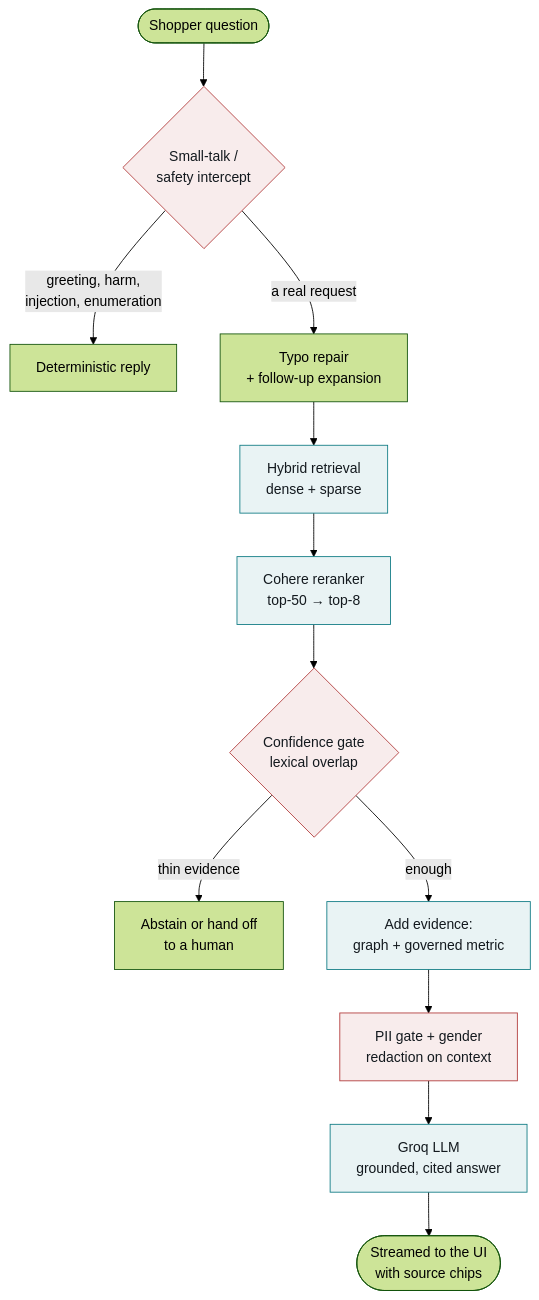
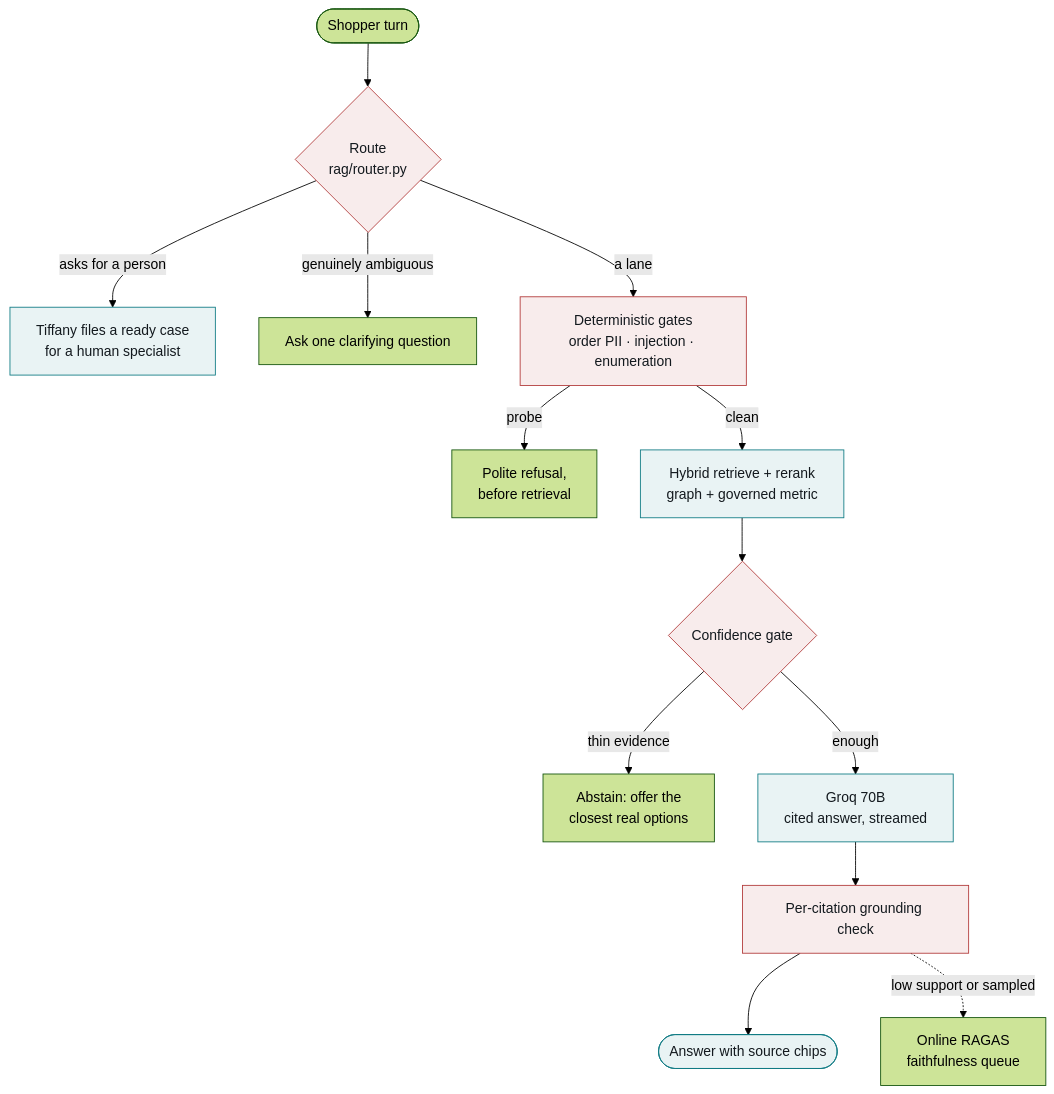
Before and after one commit to hoomanesteki/agentic-rag-knowledge-ai-platform: the diagram in showcase/architecture.qmd, drawn with Mermaid (forest theme). The commit also changed other lines of this file and 13 other files, not shown here.

````diff
--- a/showcase/architecture.qmd
+++ b/showcase/architecture.qmd
@@ -104,19 +22,20 @@
 ```{mermaid}
 flowchart TD
-  Q([Shopper question]) --> SM{Small-talk /<br/>safety intercept}
-  SM -->|greeting, harm,<br/>injection, enumeration| DIRECT[Deterministic reply]
-  SM -->|a real request| TY[Typo repair<br/>+ follow-up expansion]
-  TY --> HY[Hybrid retrieval<br/>dense + sparse]
-  HY --> RR[Cohere reranker<br/>top-50 → top-8]
-  RR --> GATE{Confidence gate<br/>lexical overlap}
-  GATE -->|thin evidence| ABSTAIN[Abstain or hand off<br/>to a human]
-  GATE -->|enough| EV[Add evidence:<br/>graph + governed metric]
-  EV --> PII[PII gate + gender<br/>redaction on context]
-  PII --> GEN[Groq LLM<br/>grounded, cited answer]
-  GEN --> STREAM([Streamed to the UI<br/>with source chips])
+  T([Shopper turn]) --> RT{Route<br/>rag/router.py}
+  RT -->|asks for a person| ESC[Tiffany files a ready case<br/>for a human specialist]
+  RT -->|genuinely ambiguous| CL[Ask one clarifying question]
+  RT -->|a lane| GATES[Deterministic gates<br/>order PII · injection · enumeration]
+  GATES -->|probe| REF[Polite refusal,<br/>before retrieval]
+  GATES -->|clean| RET[Hybrid retrieve + rerank<br/>graph + governed metric]
+  RET --> CONF{Confidence gate}
+  CONF -->|thin evidence| AB[Abstain: offer the<br/>closest real options]
+  CONF -->|enough| GEN[Groq 70B<br/>cited answer, streamed]
+  GEN --> GR[Per-citation grounding check]
+  GR --> OUT([Answer with source chips])
+  GR -.->|low support or sampled| FA[Online RAGAS<br/>faithfulness queue]
 
   classDef guard fill:#f8ecec,stroke:#b23a3a,color:#13191e;
   classDef core fill:#e9f3f4,stroke:#0f7b84,color:#13191e;
-  class SM,GATE,PII guard;
-  class HY,RR,EV,GEN core;
+  class RT,GATES,CONF,GR guard;
+  class RET,GEN,ESC,OUT core;
 ```
````
